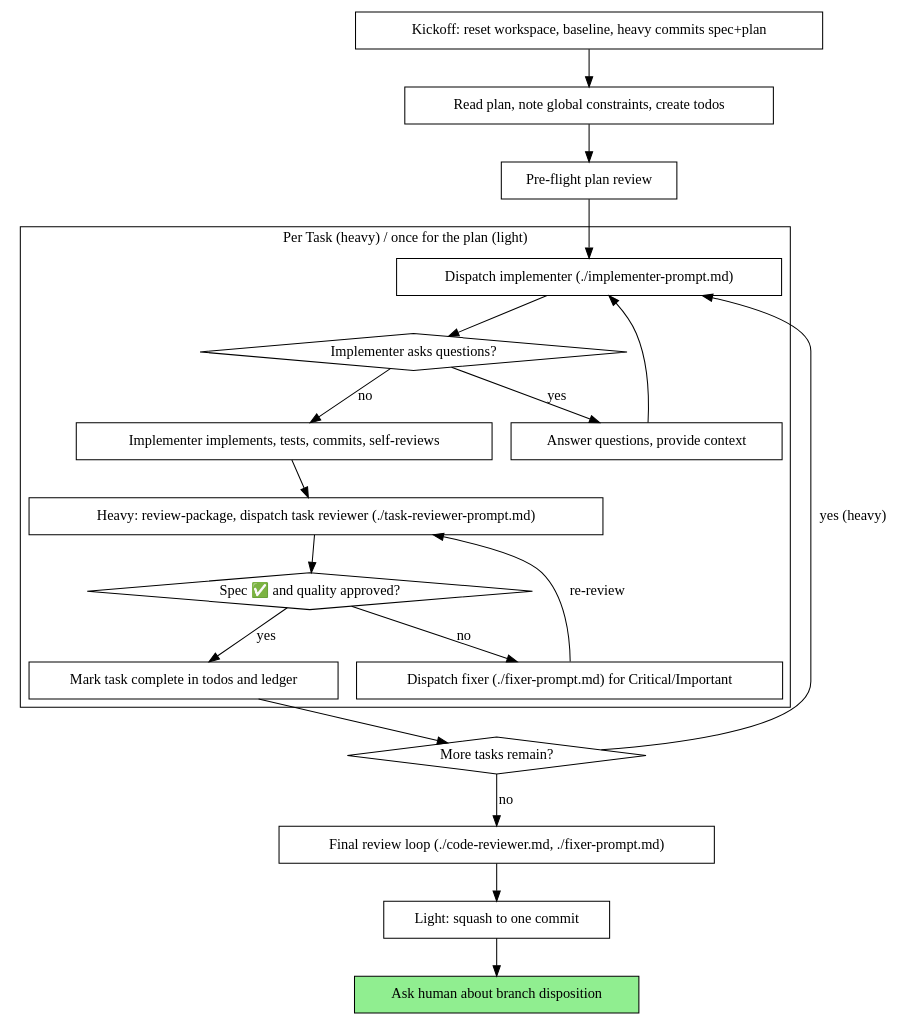
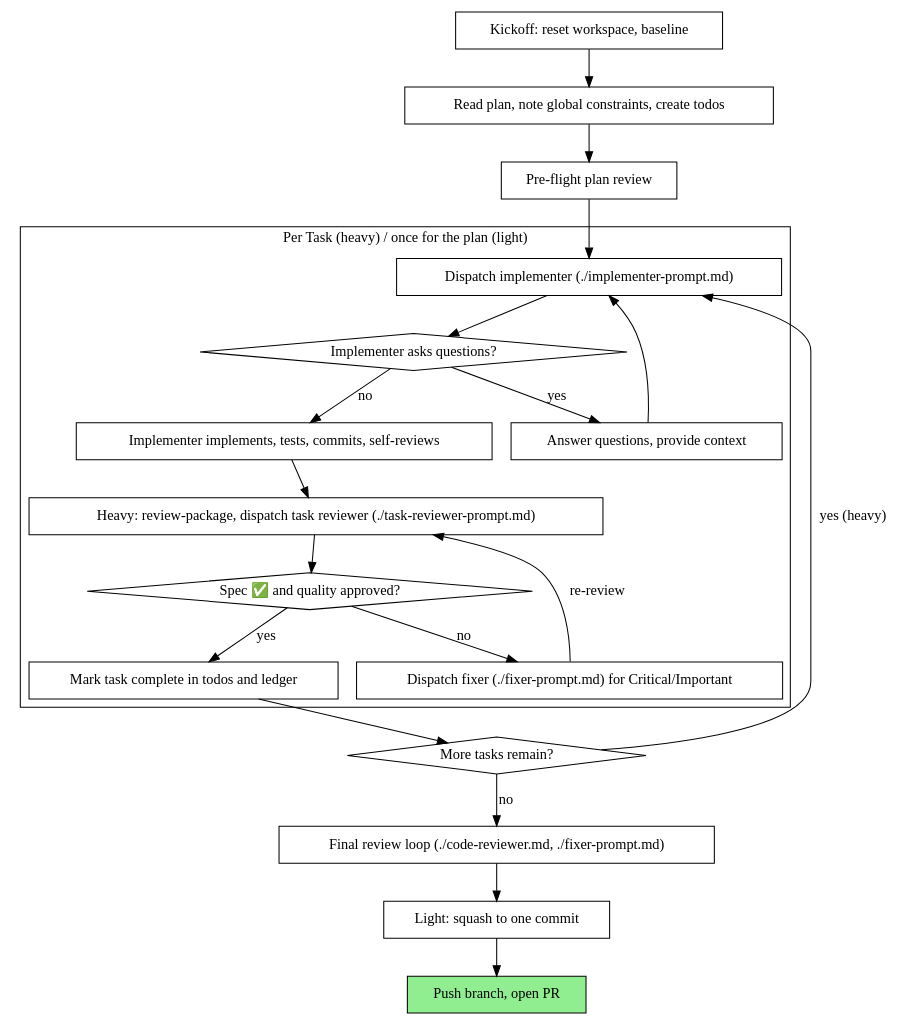
The diagram in skills/subagent-driven-development/SKILL.md (ipoeyke/minipowers), drawn with Graphviz before and after one commit. The commit also changed other lines of this file and 16 other files, not shown here.

````diff
--- a/skills/subagent-driven-development/SKILL.md
+++ b/skills/subagent-driven-development/SKILL.md
@@ -29,43 +30,43 @@
 ```dot
 digraph process {
     rankdir=TB;
 
     subgraph cluster_per_task {
         label="Per Task (heavy) / once for the plan (light)";
         "Dispatch implementer (./implementer-prompt.md)" [shape=box];
         "Implementer asks questions?" [shape=diamond];
         "Answer questions, provide context" [shape=box];
         "Implementer implements, tests, commits, self-reviews" [shape=box];
         "Heavy: review-package, dispatch task reviewer (./task-reviewer-prompt.md)" [shape=box];
         "Spec ✅ and quality approved?" [shape=diamond];
         "Dispatch fixer (./fixer-prompt.md) for Critical/Important" [shape=box];
         "Mark task complete in todos and ledger" [shape=box];
     }
 
-    "Kickoff: reset workspace, baseline, heavy commits spec+plan" [shape=box];
+    "Kickoff: reset workspace, baseline" [shape=box];
     "Read plan, note global constraints, create todos" [shape=box];
     "Pre-flight plan review" [shape=box];
     "More tasks remain?" [shape=diamond];
     "Final review loop (./code-reviewer.md, ./fixer-prompt.md)" [shape=box];
     "Light: squash to one commit" [shape=box];
-    "Ask human about branch disposition" [shape=box style=filled fillcolor=lightgreen];
+    "Push branch, open PR" [shape=box style=filled fillcolor=lightgreen];
 
-    "Kickoff: reset workspace, baseline, heavy commits spec+plan" -> "Read plan, note global constraints, create todos";
+    "Kickoff: reset workspace, baseline" -> "Read plan, note global constraints, create todos";
     "Read plan, note global constraints, create todos" -> "Pre-flight plan review";
     "Pre-flight plan review" -> "Dispatch implementer (./implementer-prompt.md)";
     "Dispatch implementer (./implementer-prompt.md)" -> "Implementer asks questions?";
     "Implementer asks questions?" -> "Answer questions, provide context" [label="yes"];
     "Answer questions, provide context" -> "Dispatch implementer (./implementer-prompt.md)";
     "Implementer asks questions?" -> "Implementer implements, tests, commits, self-reviews" [label="no"];
     "Implementer implements, tests, commits, self-reviews" -> "Heavy: review-package, dispatch task reviewer (./task-reviewer-prompt.md)";
     "Heavy: review-package, dispatch task reviewer (./task-reviewer-prompt.md)" -> "Spec ✅ and quality approved?";
     "Spec ✅ and quality approved?" -> "Dispatch fixer (./fixer-prompt.md) for Critical/Important" [label="no"];
     "Dispatch fixer (./fixer-prompt.md) for Critical/Important" -> "Heavy: review-package, dispatch task reviewer (./task-reviewer-prompt.md)" [label="re-review"];
     "Spec ✅ and quality approved?" -> "Mark task complete in todos and ledger" [label="yes"];
     "Mark task complete in todos and ledger" -> "More tasks remain?";
     "More tasks remain?" -> "Dispatch implementer (./implementer-prompt.md)" [label="yes (heavy)"];
     "More tasks remain?" -> "Final review loop (./code-reviewer.md, ./fixer-prompt.md)" [label="no"];
     "Final review loop (./code-reviewer.md, ./fixer-prompt.md)" -> "Light: squash to one commit";
-    "Light: squash to one commit" -> "Ask human about branch disposition";
+    "Light: squash to one commit" -> "Push branch, open PR";
 }
 ```
````
